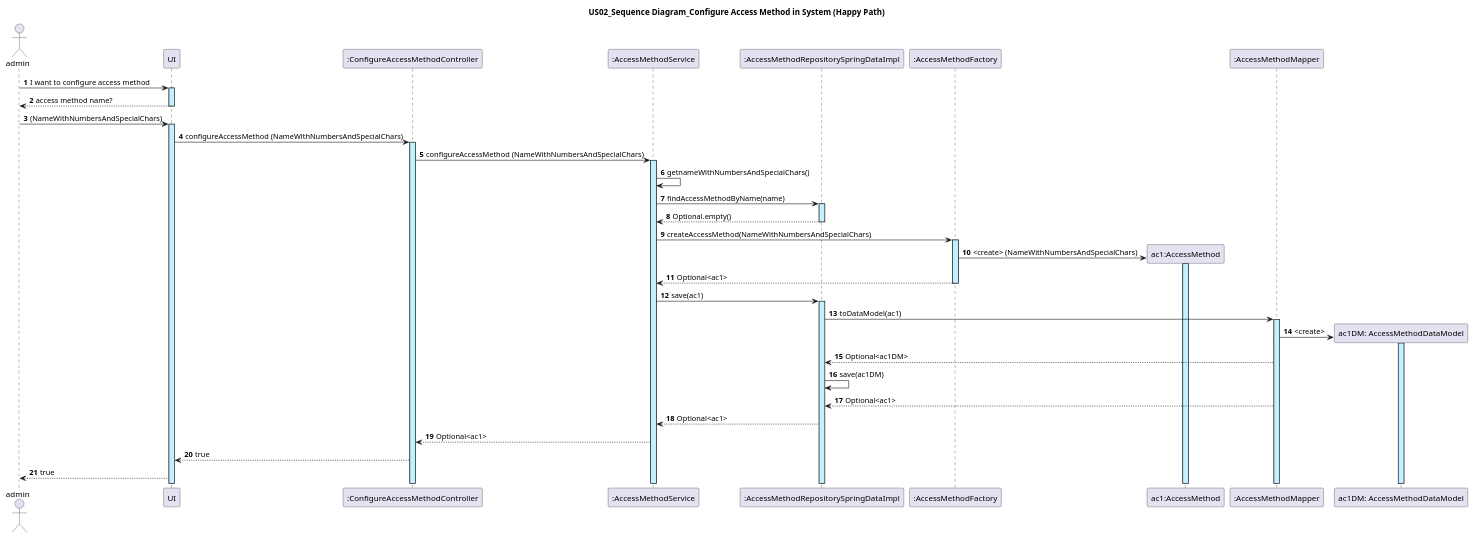
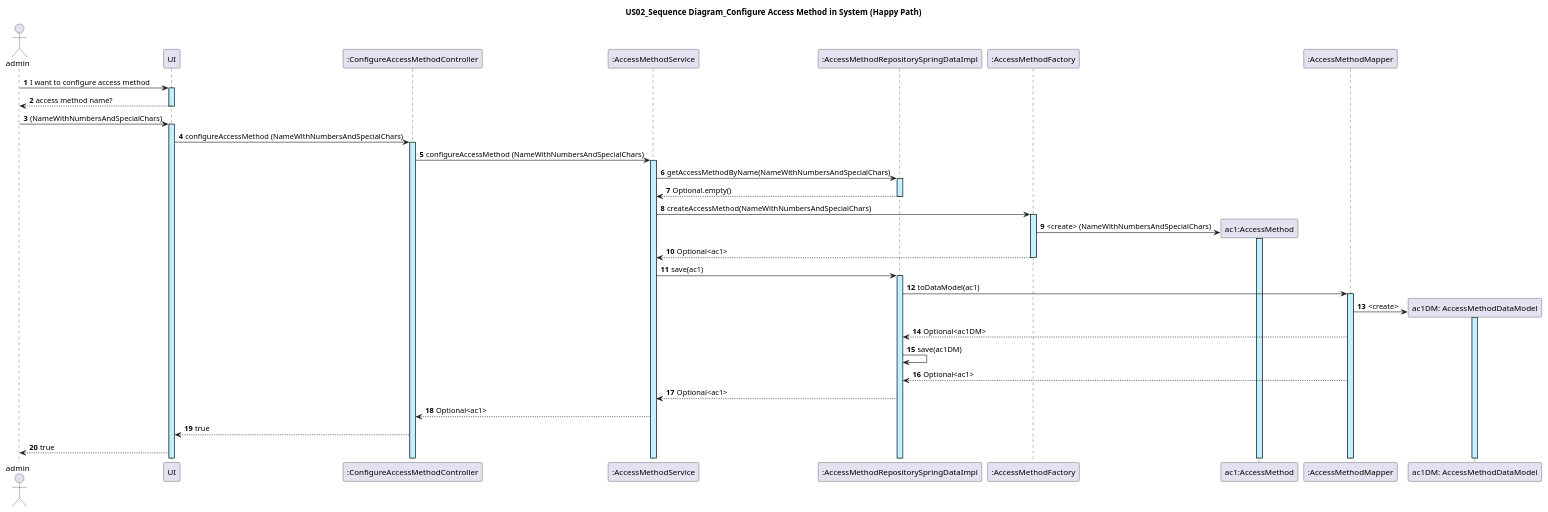
Before and after one commit to GasparISEP/DevOps-PAI: the diagram in docs/US02/US02_ConfigureAccessMethod_JPA_SequenceDiagram.puml, drawn with PlantUML.

Commit message:
refactor:Change method name to getAccessMethodByName and update the input received. refs #299

```diff
--- a/docs/US02/US02_ConfigureAccessMethod_JPA_SequenceDiagram.puml
+++ b/docs/US02/US02_ConfigureAccessMethod_JPA_SequenceDiagram.puml
@@ -1,32 +1,31 @@
 @startuml
 actor admin
 autonumber
 
 title: US02_Sequence Diagram_Configure Access Method in System (Happy Path)
 
 admin -> UI ++ #application : I want to configure access method
 UI --> admin -- : access method name?
 admin -> UI ++ #application :(NameWithNumbersAndSpecialChars)
     UI -> ":ConfigureAccessMethodController" as ConfigureAccessMethodController ++ #application : configureAccessMethod (NameWithNumbersAndSpecialChars)
 
 
 ConfigureAccessMethodController -> ":AccessMethodService" ++ #application : configureAccessMethod (NameWithNumbersAndSpecialChars)
-":AccessMethodService" -> ":AccessMethodService": getnameWithNumbersAndSpecialChars()
-":AccessMethodService" -> ":AccessMethodRepositorySpringDataImpl" ++ #application:  findAccessMethodByName(name)
+":AccessMethodService" -> ":AccessMethodRepositorySpringDataImpl" ++ #application:  getAccessMethodByName(NameWithNumbersAndSpecialChars)
 ":AccessMethodRepositorySpringDataImpl" --> ":AccessMethodService" -- #application: Optional.empty()
 ":AccessMethodService" -> ":AccessMethodFactory" as AccessMethodFactory ++ #application: createAccessMethod(NameWithNumbersAndSpecialChars)
 create "ac1:AccessMethod" as AccessMethod
 AccessMethodFactory -> AccessMethod  ++ #application  : <create> (NameWithNumbersAndSpecialChars)
 AccessMethodFactory --> ":AccessMethodService" -- : Optional<ac1>
 ":AccessMethodService" -> ":AccessMethodRepositorySpringDataImpl" ++ #application: save(ac1)
 ":AccessMethodRepositorySpringDataImpl" -> ":AccessMethodMapper" ++ #application: toDataModel(ac1)
 create "ac1DM: AccessMethodDataModel" as AccessMethodDataModel
 ":AccessMethodMapper" -> AccessMethodDataModel ++ #application: <create>
 ":AccessMethodMapper" --> ":AccessMethodRepositorySpringDataImpl": Optional<ac1DM>
 ":AccessMethodRepositorySpringDataImpl" -> ":AccessMethodRepositorySpringDataImpl": save(ac1DM)
 ":AccessMethodMapper" --> ":AccessMethodRepositorySpringDataImpl": Optional<ac1>
 ":AccessMethodRepositorySpringDataImpl" --> ":AccessMethodService": Optional<ac1>
 ":AccessMethodService" --> ConfigureAccessMethodController: Optional<ac1>
 ConfigureAccessMethodController --> UI: true
 UI --> admin: true
 @enduml
```
